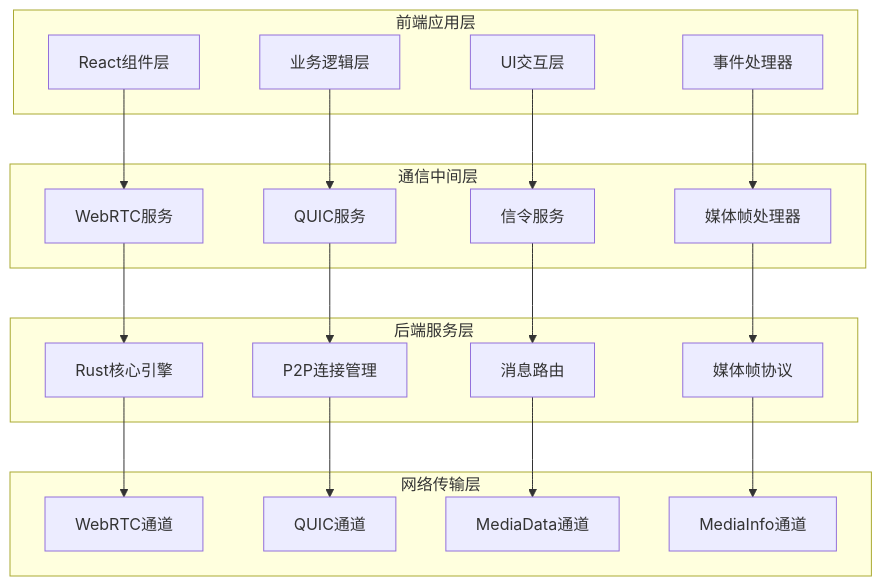
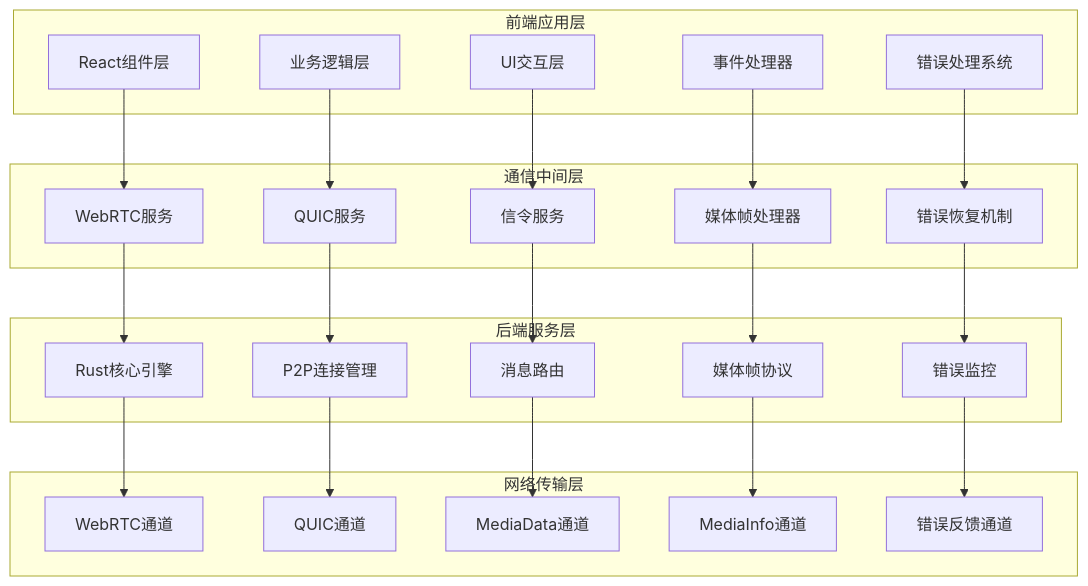
Before and after one commit to nicolastinger/only-talk-app: the first of 16 diagrams in .qoder/repowiki/zh/content/Privacy Video Call.md, drawn with Mermaid. The commit also changed other lines of this file and 4 other files, not shown here.

````diff
--- a/.qoder/repowiki/zh/content/Privacy Video Call.md
+++ b/.qoder/repowiki/zh/content/Privacy Video Call.md
@@ -54,39 +57,46 @@
 ```mermaid
 graph TB
 subgraph "前端应用层"
 A[React组件层]
 B[业务逻辑层]
 C[UI交互层]
 D[事件处理器]
+E[错误处理系统]
 end
 subgraph "通信中间层"
-E[WebRTC服务]
-F[QUIC服务]
-G[信令服务]
-H[媒体帧处理器]
+F[WebRTC服务]
+G[QUIC服务]
+H[信令服务]
+I[媒体帧处理器]
+J[错误恢复机制]
 end
 subgraph "后端服务层"
-I[Rust核心引擎]
-J[P2P连接管理]
-K[消息路由]
-L[媒体帧协议]
+K[Rust核心引擎]
+L[P2P连接管理]
+M[消息路由]
+N[媒体帧协议]
+O[错误监控]
 end
 subgraph "网络传输层"
-M[WebRTC通道]
-N[QUIC通道]
-O[MediaData通道]
-P[MediaInfo通道]
+P[WebRTC通道]
+Q[QUIC通道]
+R[MediaData通道]
+S[MediaInfo通道]
+T[错误反馈通道]
 end
-A --> E
-B --> F
-C --> G
-D --> H
-E --> I
-F --> J
-G --> K
-H --> L
-I --> M
-J --> N
-K --> O
-L --> P
+A --> F
+B --> G
+C --> H
+D --> I
+E --> J
+F --> K
+G --> L
+H --> M
+I --> N
+J --> O
+K --> P
+L --> Q
+M --> R
+N --> S
+O --> T
 ```
````
